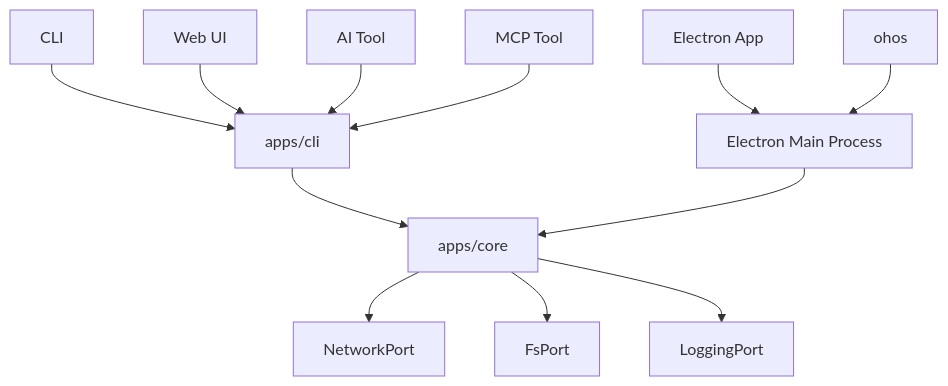
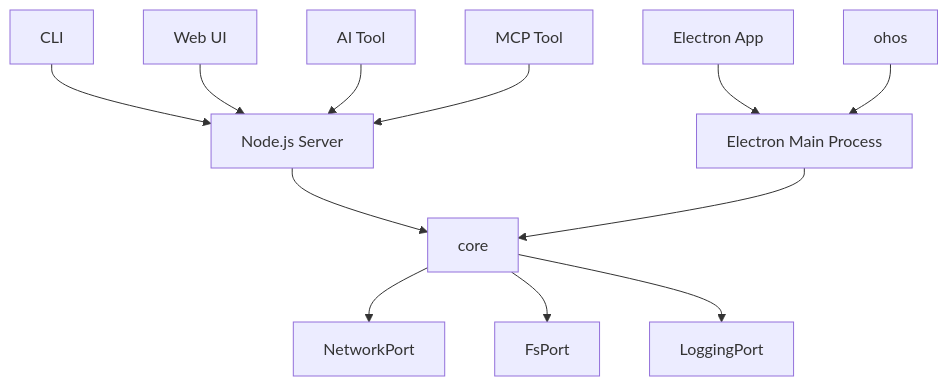
Before and after one commit to lawrenceching/SMM: the second of 2 diagrams in docs/dev/overview.md, drawn with Mermaid. The commit also changed other lines of this file and 30 other files, not shown here.

````diff
--- a/docs/dev/overview.md
+++ b/docs/dev/overview.md
@@ -9,27 +47,27 @@
 ```mermaid
 flowchart TB
   CLI["CLI"]
   WEB["Web UI"]
   E["Electron App"]
   EM["Electron Main Process"]
   ohos["ohos"]
   AI["AI Tool"]
   MCP["MCP Tool"]
-  CORE["apps/core"]
-  N["apps/cli"]
+  CORE["core"]
+  N["Node.js Server"]
   NET["NetworkPort"]
   FS["FsPort"]
   LOG["LoggingPort"]
   
   CLI -->N
   WEB --> N
   E --> EM
   ohos --> EM
   AI --> N
   MCP --> N
   N -->CORE
   EM -->CORE
   CORE --> NET
   CORE --> FS
   CORE --> LOG
 ```
````
